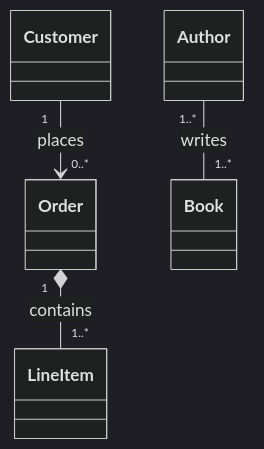
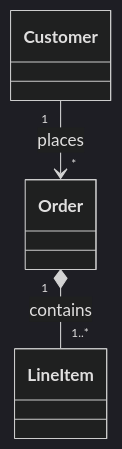
One commit to betterlmy/agent-skills changed the ninth of 10 diagrams in skills/mermaid-diagrams/references/class-diagrams.md. Above: the diagram before and after it, drawn with Mermaid (dark theme). The commit also changed other lines of this file and 46 other files, not shown here.

````diff
--- a/skills/mermaid-diagrams/references/class-diagrams.md
+++ b/skills/mermaid-diagrams/references/class-diagrams.md
@@ -107,6 +92,5 @@
 ```mermaid
 classDiagram
-    Customer "1" --> "0..*" Order : places
+    Customer "1" --> "*" Order : places
     Order "1" *-- "1..*" LineItem : contains
-    Author "1..*" -- "1..*" Book : writes
 ```
````
